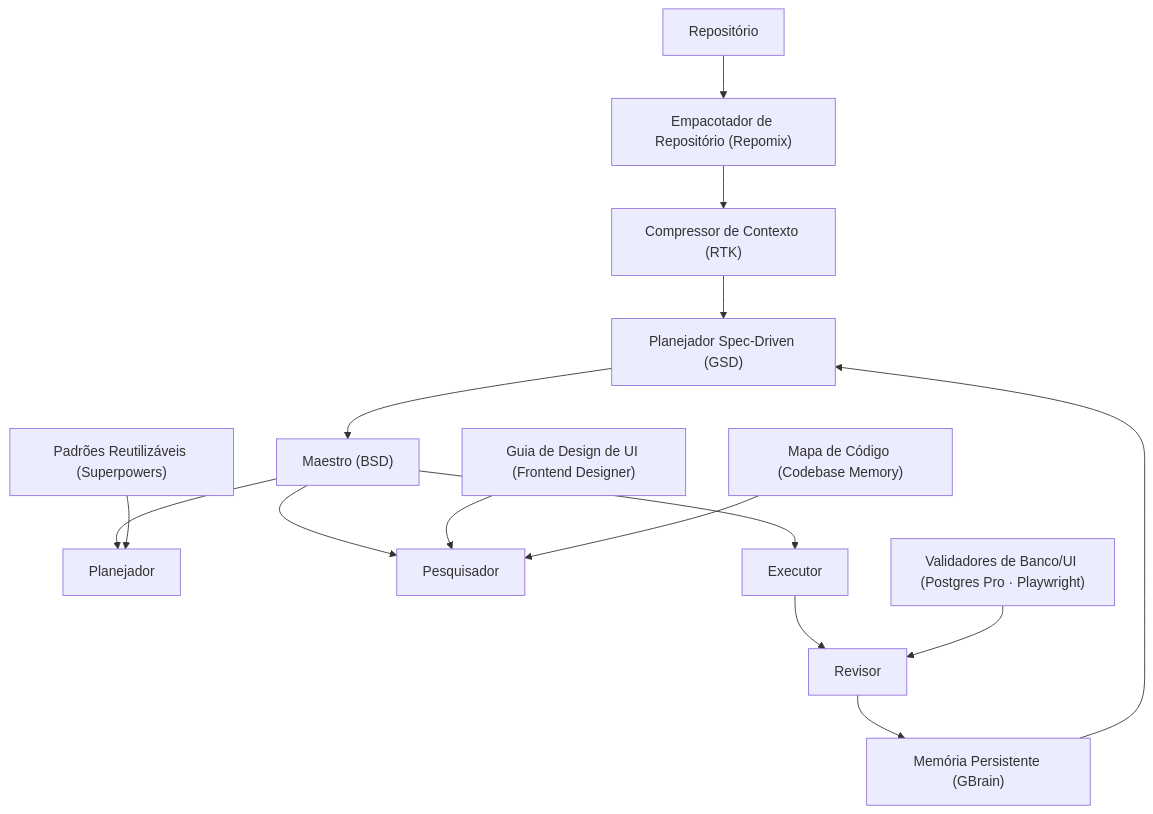
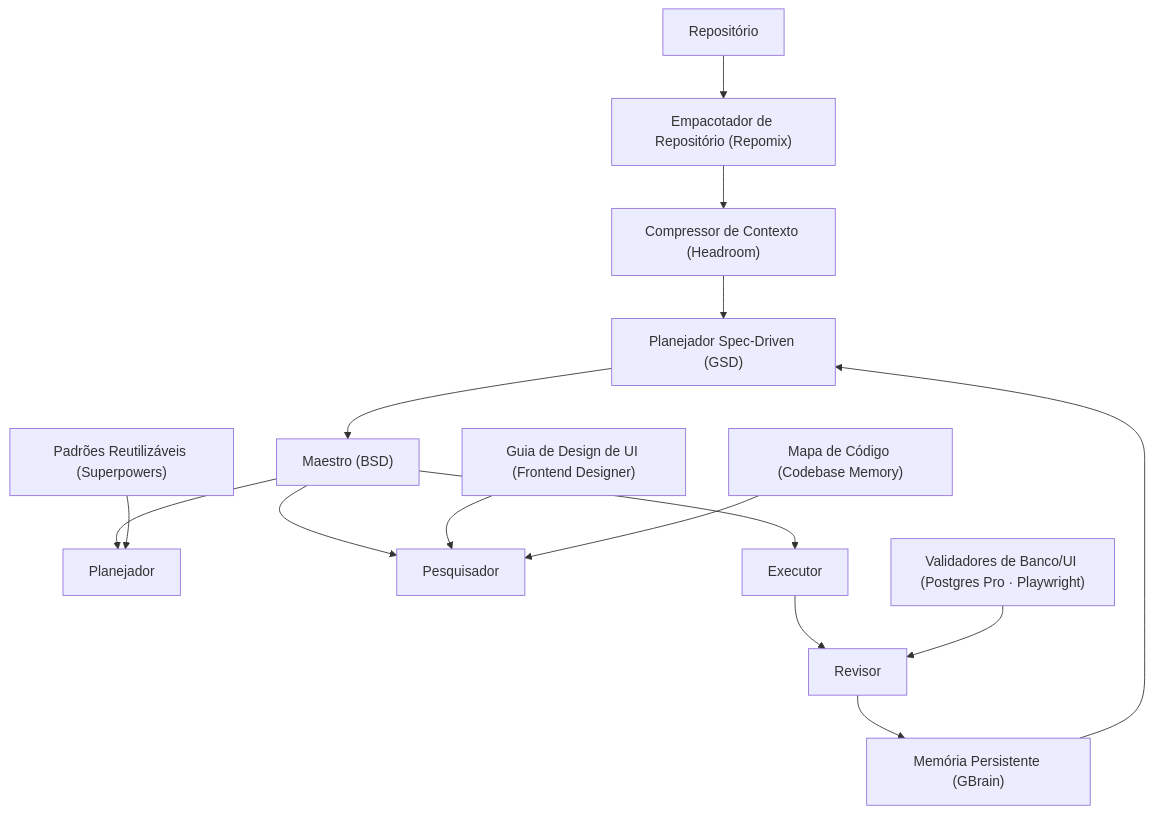
Before and after one commit to Joao-Pedro-AI-Visionary/vjp-harness: the diagram in README.md, drawn with Mermaid. The commit also changed other lines of this file and 25 other files, not shown here.

First line of the commit message:
[jp] feat: Headroom no lugar do RTK como Compressor de Contexto (v1.22.0)

````diff
--- a/README.md
+++ b/README.md
@@ -18,17 +18,17 @@
 ```mermaid
 flowchart TD
     Repo["Repositório"] --> Empac["Empacotador de Repositório (Repomix)"]
-    Empac --> Compr["Compressor de Contexto (RTK)"]
+    Empac --> Compr["Compressor de Contexto (Headroom)"]
     Compr --> Plan["Planejador Spec-Driven (GSD)"]
     Mem["Memória Persistente (GBrain)"] --> Plan
     Plan --> Orq["Maestro (BSD)"]
     Orq --> Planner["Planejador"]
     Orq --> Researcher["Pesquisador"]
     Orq --> Executor["Executor"]
     Executor --> Reviewer["Revisor"]
     Reviewer --> Mem
     Skills["Padrões Reutilizáveis (Superpowers)"] --> Planner
     Design["Guia de Design de UI (Frontend Designer)"] --> Researcher
     Mapa["Mapa de Código (Codebase Memory)"] --> Researcher
     Val["Validadores de Banco/UI (Postgres Pro · Playwright)"] --> Reviewer
 ```
````
